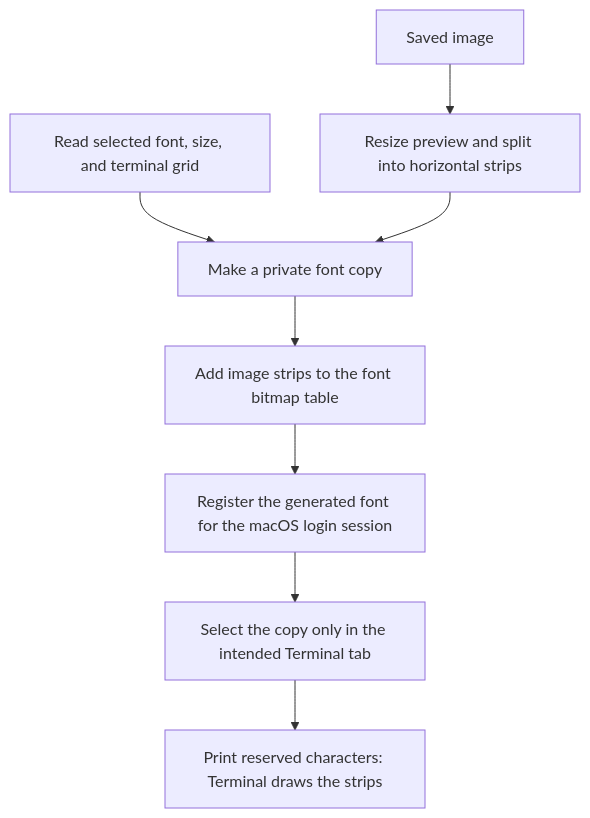
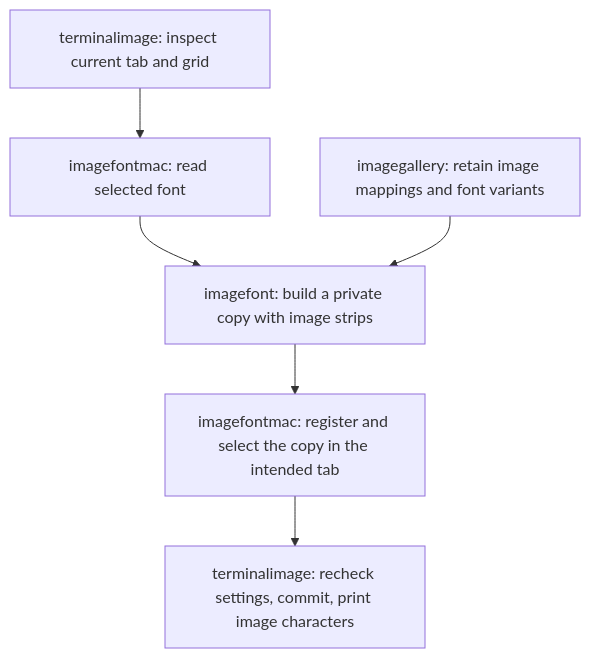
Before and after one commit to openai/openai-cli: the second of 2 diagrams in docs/image-implementation.md, drawn with Mermaid. The commit also changed other lines of this file and 4 other files, not shown here.

Commit message:
docs(architecture): map feature owners and enforce library boundaries

````diff
--- a/docs/image-implementation.md
+++ b/docs/image-implementation.md
@@ -137,10 +93,8 @@
 ```mermaid
 flowchart TD
-    A["Read selected font, size, and terminal grid"] --> B["Make a private font copy"]
-    C["Saved image"] --> D["Resize preview and split into horizontal strips"]
-    D --> B
-    B --> E["Add image strips to the font bitmap table"]
-    E --> F["Register the generated font for the macOS login session"]
-    F --> G["Select the copy only in the intended Terminal tab"]
-    G --> H["Print reserved characters: Terminal draws the strips"]
+    A[terminalimage: inspect current tab and grid] --> B[imagefontmac: read selected font]
+    B --> C[imagefont: build a private copy with image strips]
+    D[imagegallery: retain image mappings and font variants] --> C
+    C --> E[imagefontmac: register and select the copy in the intended tab]
+    E --> F[terminalimage: recheck settings, commit, print image characters]
 ```
````
